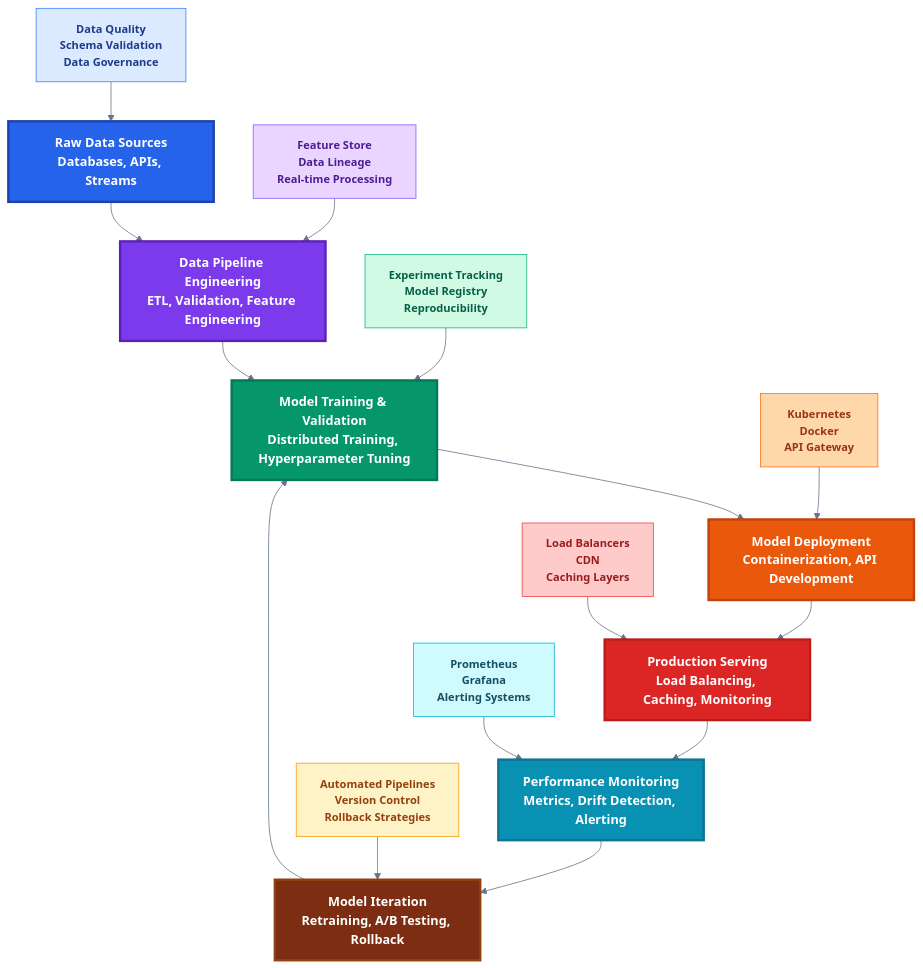
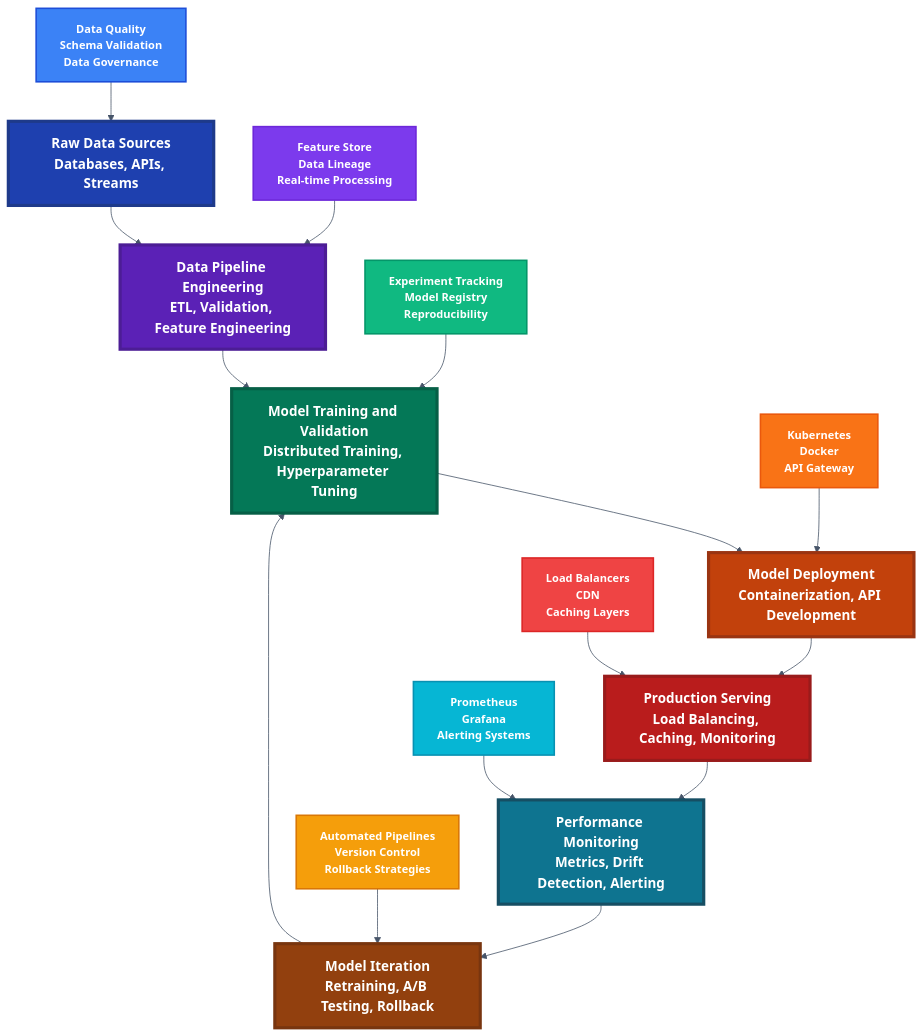
One commit to khaosans/articles changed the first of 5 diagrams in guides/roles/ml-engineer.md. Above: the diagram before and after it, drawn with Mermaid. The commit also changed other lines of this file and 1 other file, not shown here.

First paragraph of the commit message:
🎨 Enhanced Visual Design & Professional Styling (#8)
* feat: implement comprehensive repository refinement and best practices

````diff
--- a/guides/roles/ml-engineer.md
+++ b/guides/roles/ml-engineer.md
@@ -66,35 +66,37 @@
 ```mermaid
-%%{init: {'theme': 'base', 'themeVariables': { 'fontSize': '14px', 'fontFamily': 'Segoe UI, Arial, sans-serif', 'primaryColor': '#2563eb', 'primaryTextColor': '#ffffff', 'primaryBorderColor': '#1e40af', 'lineColor': '#64748b', 'secondaryColor': '#7c3aed', 'tertiaryColor': '#059669'}}}%%
+%%{init: {'theme': 'base', 'themeVariables': { 'fontSize': '15px', 'fontFamily': 'Segoe UI, Arial, sans-serif', 'primaryColor': '#1e40af', 'primaryTextColor': '#ffffff', 'primaryBorderColor': '#1e3a8a', 'lineColor': '#475569', 'secondaryColor': '#5b21b6', 'tertiaryColor': '#047857'}}}%%
 flowchart TD
     A["Raw Data Sources<br/>Databases, APIs, Streams"] --> B["Data Pipeline Engineering<br/>ETL, Validation, Feature Engineering"]
-    B --> C["Model Training & Validation<br/>Distributed Training, Hyperparameter Tuning"]
+    B --> C["Model Training and Validation<br/>Distributed Training, Hyperparameter Tuning"]
     C --> D["Model Deployment<br/>Containerization, API Development"]
     D --> E["Production Serving<br/>Load Balancing, Caching, Monitoring"]
     E --> F["Performance Monitoring<br/>Metrics, Drift Detection, Alerting"]
     F --> G["Model Iteration<br/>Retraining, A/B Testing, Rollback"]
     G --> C
     
     A1["Data Quality<br/>Schema Validation<br/>Data Governance"] --> A
     B1["Feature Store<br/>Data Lineage<br/>Real-time Processing"] --> B
     C1["Experiment Tracking<br/>Model Registry<br/>Reproducibility"] --> C
     D1["Kubernetes<br/>Docker<br/>API Gateway"] --> D
     E1["Load Balancers<br/>CDN<br/>Caching Layers"] --> E
     F1["Prometheus<br/>Grafana<br/>Alerting Systems"] --> F
     G1["Automated Pipelines<br/>Version Control<br/>Rollback Strategies"] --> G
     
-    style A fill:#2563eb,stroke:#1e40af,stroke-width:3px,color:#ffffff,font-weight:bold,font-size:16px
-    style B fill:#7c3aed,stroke:#5b21b6,stroke-width:3px,color:#ffffff,font-weight:bold,font-size:16px
-    style C fill:#059669,stroke:#047857,stroke-width:3px,color:#ffffff,font-weight:bold,font-size:16px
-    style D fill:#ea580c,stroke:#c2410c,stroke-width:3px,color:#ffffff,font-weight:bold,font-size:16px
-    style E fill:#dc2626,stroke:#b91c1c,stroke-width:3px,color:#ffffff,font-weight:bold,font-size:16px
-    style F fill:#0891b2,stroke:#0e7490,stroke-width:3px,color:#ffffff,font-weight:bold,font-size:16px
-    style G fill:#7c2d12,stroke:#92400e,stroke-width:3px,color:#ffffff,font-weight:bold,font-size:16px
+    %% Enhanced styling with better contrast and readability
+    style A fill:#1e40af,stroke:#1e3a8a,stroke-width:4px,color:#ffffff,font-weight:bold,font-size:17px
+    style B fill:#5b21b6,stroke:#4c1d95,stroke-width:4px,color:#ffffff,font-weight:bold,font-size:17px
+    style C fill:#047857,stroke:#065f46,stroke-width:4px,color:#ffffff,font-weight:bold,font-size:17px
+    style D fill:#c2410c,stroke:#9a3412,stroke-width:4px,color:#ffffff,font-weight:bold,font-size:17px
+    style E fill:#b91c1c,stroke:#991b1b,stroke-width:4px,color:#ffffff,font-weight:bold,font-size:17px
+    style F fill:#0e7490,stroke:#164e63,stroke-width:4px,color:#ffffff,font-weight:bold,font-size:17px
+    style G fill:#92400e,stroke:#78350f,stroke-width:4px,color:#ffffff,font-weight:bold,font-size:17px
     
-    style A1 fill:#dbeafe,stroke:#3b82f6,stroke-width:1px,color:#1e3a8a,font-weight:bold
-    style B1 fill:#e9d5ff,stroke:#8b5cf6,stroke-width:1px,color:#4c1d95,font-weight:bold
-    style C1 fill:#d1fae5,stroke:#10b981,stroke-width:1px,color:#065f46,font-weight:bold
-    style D1 fill:#fed7aa,stroke:#f97316,stroke-width:1px,color:#9a3412,font-weight:bold
-    style E1 fill:#fecaca,stroke:#ef4444,stroke-width:1px,color:#991b1b,font-weight:bold
-    style F1 fill:#cffafe,stroke:#06b6d4,stroke-width:1px,color:#164e63,font-weight:bold
-    style G1 fill:#fef3c7,stroke:#f59e0b,stroke-width:1px,color:#92400e,font-weight:bold
+    %% Enhanced sub-nodes with better contrast
+    style A1 fill:#3b82f6,stroke:#1d4ed8,stroke-width:2px,color:#ffffff,font-weight:bold,font-size:14px
+    style B1 fill:#7c3aed,stroke:#6d28d9,stroke-width:2px,color:#ffffff,font-weight:bold,font-size:14px
+    style C1 fill:#10b981,stroke:#059669,stroke-width:2px,color:#ffffff,font-weight:bold,font-size:14px
+    style D1 fill:#f97316,stroke:#ea580c,stroke-width:2px,color:#ffffff,font-weight:bold,font-size:14px
+    style E1 fill:#ef4444,stroke:#dc2626,stroke-width:2px,color:#ffffff,font-weight:bold,font-size:14px
+    style F1 fill:#06b6d4,stroke:#0891b2,stroke-width:2px,color:#ffffff,font-weight:bold,font-size:14px
+    style G1 fill:#f59e0b,stroke:#d97706,stroke-width:2px,color:#ffffff,font-weight:bold,font-size:14px
 ```
````
